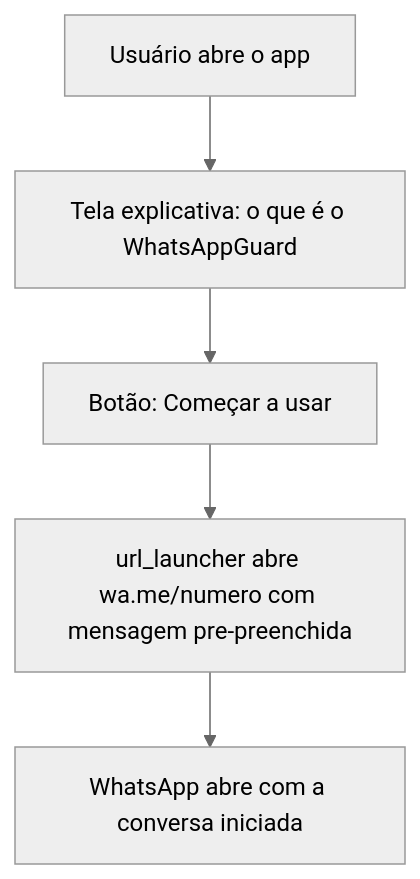
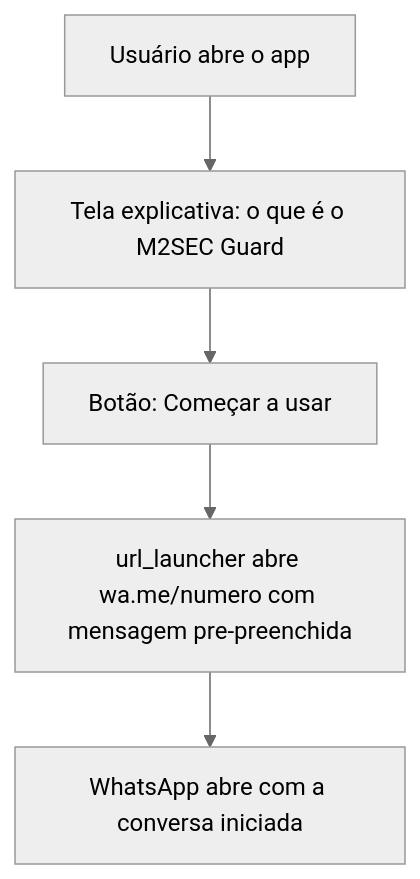
One commit to marleciooliveira/WhatsApp_guard changed the first of 6 diagrams in PLANO_TECNICO_APP.md. Above: the diagram before and after it, drawn with Mermaid (neutral theme). The commit also changed other lines of this file and 11 other files, not shown here.

First line of the commit message:
Renomeia WhatsAppGuard para M2SEC Guard em todo o repo e reposiciona como servico da M2SEC

````diff
--- a/PLANO_TECNICO_APP.md
+++ b/PLANO_TECNICO_APP.md
@@ -24,7 +24,7 @@
 ```mermaid
 flowchart TD
-    A[Usuário abre o app] --> B[Tela explicativa: o que é o WhatsAppGuard]
+    A[Usuário abre o app] --> B[Tela explicativa: o que é o M2SEC Guard]
     B --> C[Botão: Começar a usar]
     C --> D[url_launcher abre wa.me/numero com mensagem pre-preenchida]
     D --> E[WhatsApp abre com a conversa iniciada]
 ```
````
